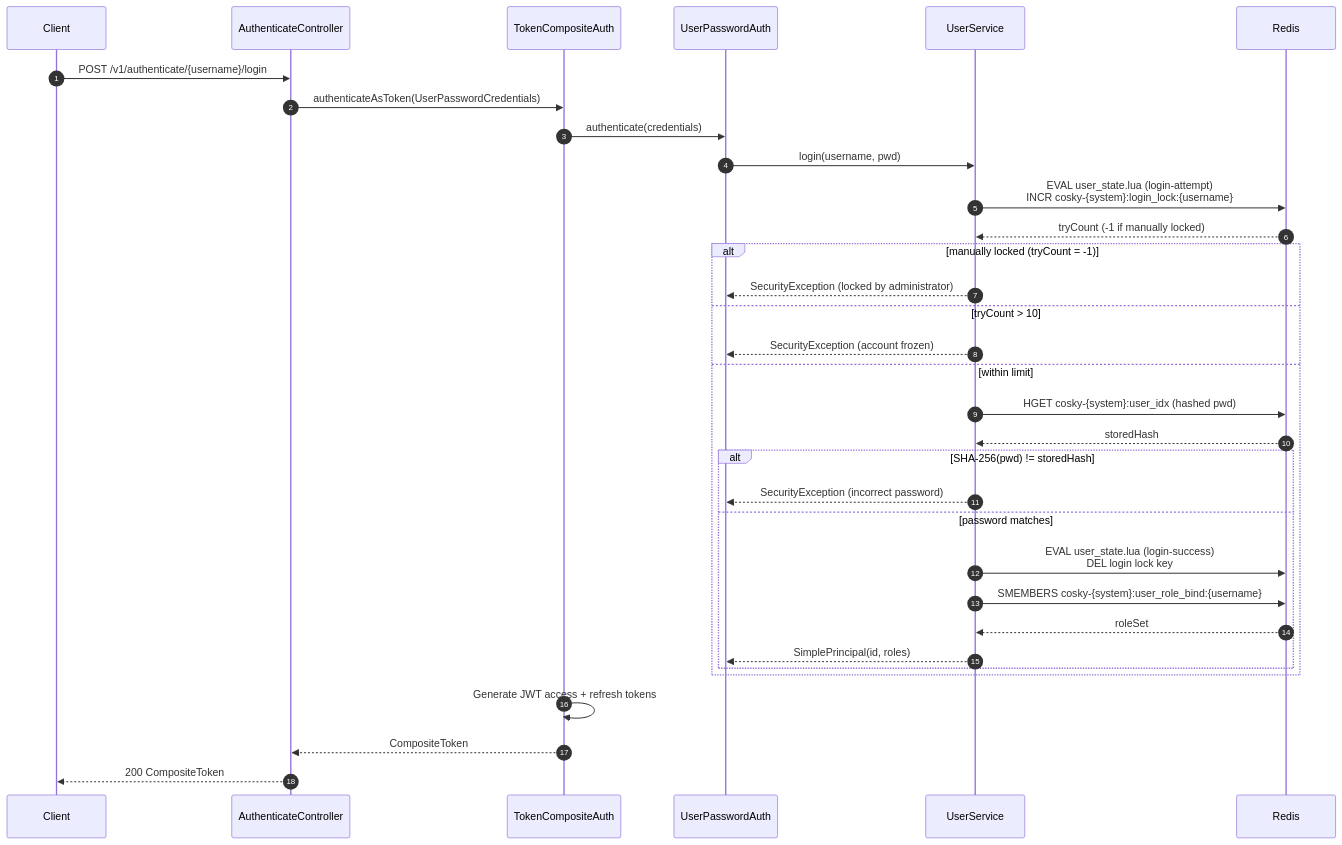
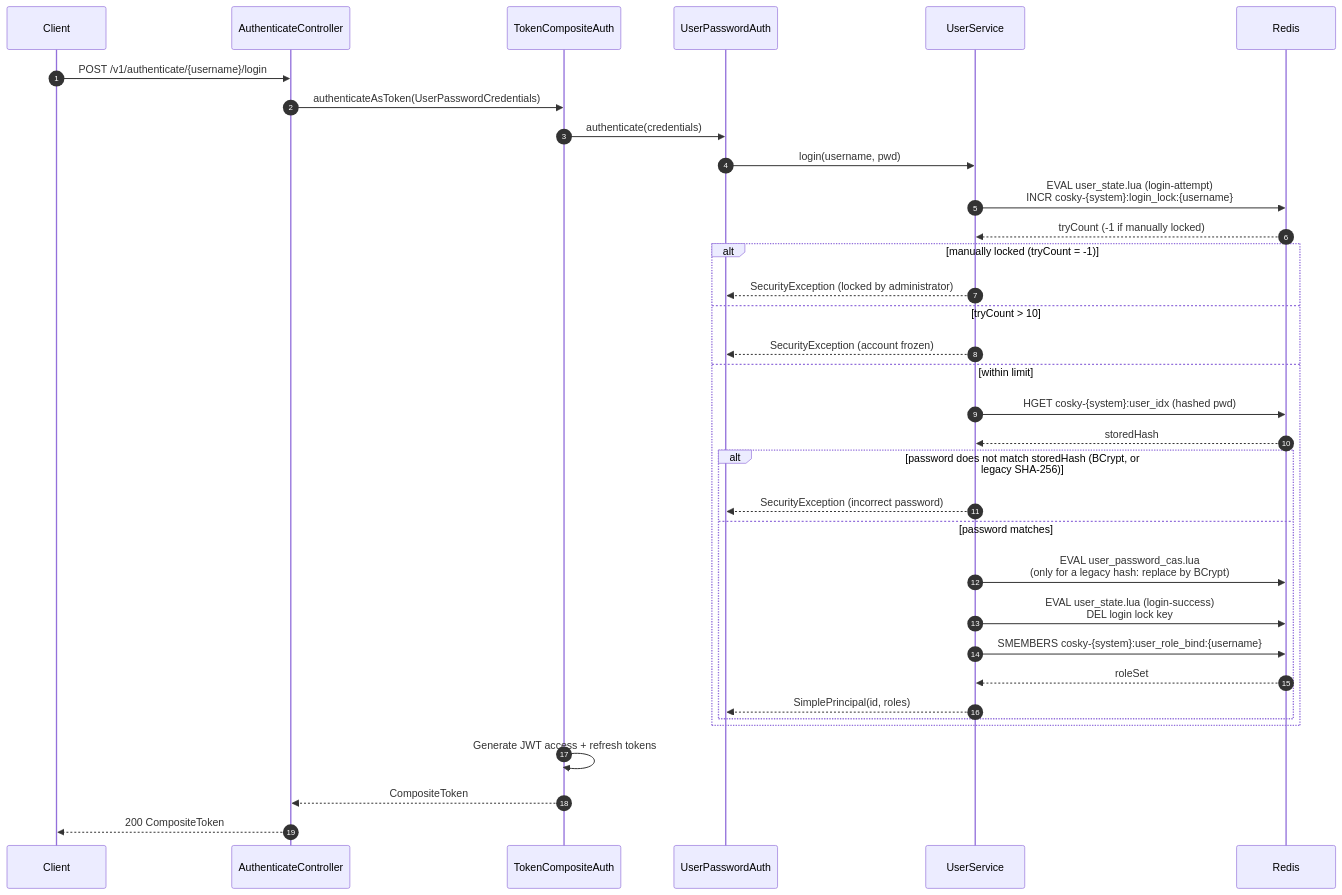
The second of 4 diagrams in wiki/guide/security-rbac.md (Ahoo-Wang/CoSky), drawn with Mermaid before and after one commit. The commit also changed other lines of this file and 20 other files, not shown here.

````diff
--- a/wiki/guide/security-rbac.md
+++ b/wiki/guide/security-rbac.md
@@ -80,36 +80,37 @@
 ```mermaid
 sequenceDiagram
     autonumber
     participant Client
     participant AuthenticateController
     participant TokenCompositeAuth
     participant UserPasswordAuth
     participant UserService
     participant Redis
 
     Client->>AuthenticateController: POST /v1/authenticate/{username}/login
     AuthenticateController->>TokenCompositeAuth: authenticateAsToken(UserPasswordCredentials)
     TokenCompositeAuth->>UserPasswordAuth: authenticate(credentials)
     UserPasswordAuth->>UserService: login(username, pwd)
     UserService->>Redis: EVAL user_state.lua (login-attempt)<br>INCR cosky-{system}:login_lock:{username}
     Redis-->>UserService: tryCount (-1 if manually locked)
     alt manually locked (tryCount = -1)
         UserService-->>UserPasswordAuth: SecurityException (locked by administrator)
     else tryCount > 10
         UserService-->>UserPasswordAuth: SecurityException (account frozen)
     else within limit
         UserService->>Redis: HGET cosky-{system}:user_idx (hashed pwd)
         Redis-->>UserService: storedHash
-        alt SHA-256(pwd) != storedHash
+        alt password does not match storedHash (BCrypt, or legacy SHA-256)
             UserService-->>UserPasswordAuth: SecurityException (incorrect password)
         else password matches
+            UserService->>Redis: EVAL user_password_cas.lua<br>(only for a legacy hash: replace by BCrypt)
             UserService->>Redis: EVAL user_state.lua (login-success)<br>DEL login lock key
             UserService->>Redis: SMEMBERS cosky-{system}:user_role_bind:{username}
             Redis-->>UserService: roleSet
             UserService-->>UserPasswordAuth: SimplePrincipal(id, roles)
         end
     end
     TokenCompositeAuth->>TokenCompositeAuth: Generate JWT access + refresh tokens
     TokenCompositeAuth-->>AuthenticateController: CompositeToken
     AuthenticateController-->>Client: 200 CompositeToken
 ```
````
